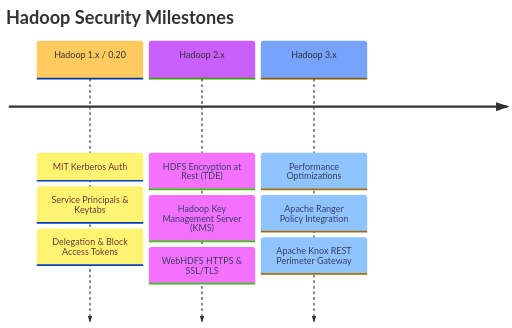
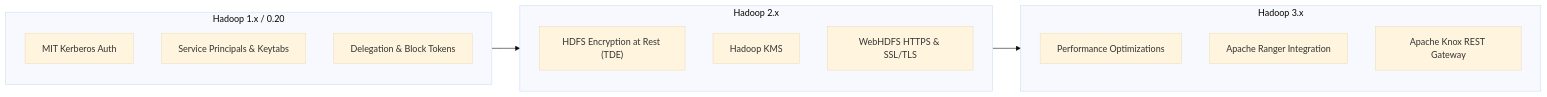
One commit to userhimanshuverma/30_Days_of_Modern_Hadoop_Ecosystem changed the first of 9 diagrams in Day-04-HDFS-Security-Encryption/README.md. Above: the diagram before and after it, drawn with Mermaid (base theme). The commit also changed other lines of this file and 4 other files, not shown here.

Commit message:
fix: resolve Mermaid diagram syntax rendering compatibility issues

````diff
--- a/Day-04-HDFS-Security-Encryption/README.md
+++ b/Day-04-HDFS-Security-Encryption/README.md
@@ -86,7 +86,19 @@
 ```mermaid
-timeline
-    title Hadoop Security Milestones
-    Hadoop 1.x / 0.20 : MIT Kerberos Auth : Service Principals & Keytabs : Delegation & Block Access Tokens
-    Hadoop 2.x : HDFS Encryption at Rest (TDE) : Hadoop Key Management Server (KMS) : WebHDFS HTTPS & SSL/TLS
-    Hadoop 3.x : Performance Optimizations : Apache Ranger Policy Integration : Apache Knox REST Perimeter Gateway
+graph LR
+    subgraph H1 ["Hadoop 1.x / 0.20"]
+        A["MIT Kerberos Auth"]
+        B["Service Principals & Keytabs"]
+        C["Delegation & Block Tokens"]
+    end
+    subgraph H2 ["Hadoop 2.x"]
+        D["HDFS Encryption at Rest (TDE)"]
+        E["Hadoop KMS"]
+        F["WebHDFS HTTPS & SSL/TLS"]
+    end
+    subgraph H3 ["Hadoop 3.x"]
+        G["Performance Optimizations"]
+        H["Apache Ranger Integration"]
+        I["Apache Knox REST Gateway"]
+    end
+    H1 --> H2 --> H3
 ```
````
